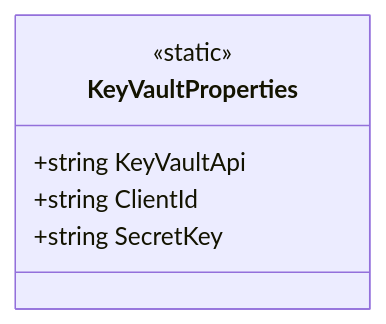
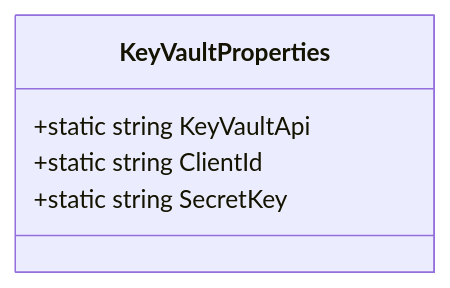
Before and after one commit to IsthmusSistemas/documentacao-tecnica: the diagram in docs/b2b-dominio/IsthmusWinthor.Nucleo/IsthmusWinthor.Dominio/PropertiesConfig/KeyVaultProperties.md, drawn with Mermaid. The commit also changed other lines of this file and 882 other files, not shown here.

````diff
--- a/docs/b2b-dominio/IsthmusWinthor.Nucleo/IsthmusWinthor.Dominio/PropertiesConfig/KeyVaultProperties.md
+++ b/docs/b2b-dominio/IsthmusWinthor.Nucleo/IsthmusWinthor.Dominio/PropertiesConfig/KeyVaultProperties.md
@@ -28,9 +34,8 @@
 ```mermaid
 classDiagram
     class KeyVaultProperties {
-        <<static>>
-        +string KeyVaultApi
-        +string ClientId
-        +string SecretKey
+        +static string KeyVaultApi
+        +static string ClientId
+        +static string SecretKey
     }
 ```
````
